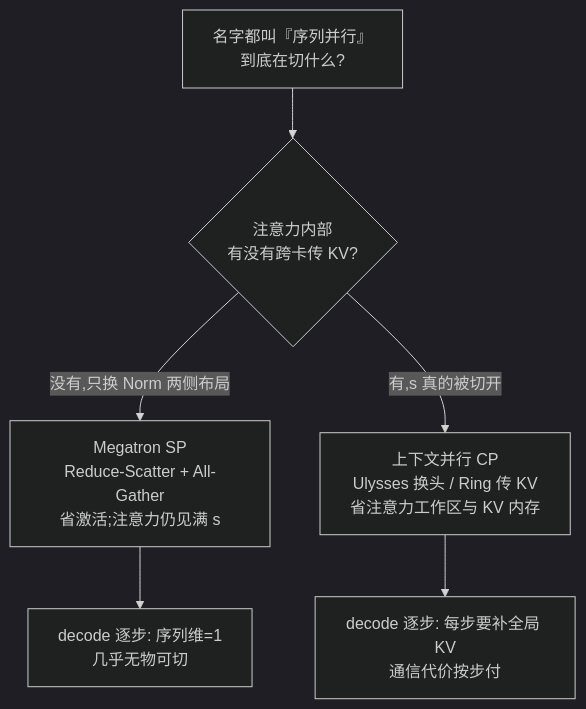
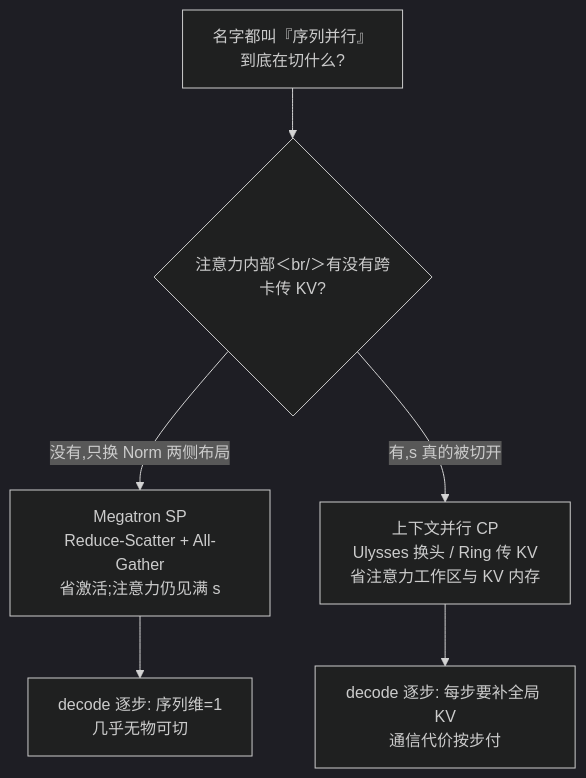
One commit to xhongduo-tech/xhongduo-tech.github.io changed the second of 2 diagrams in docs/llm/infer-sp.md. Above: the diagram before and after it, drawn with Mermaid (dark theme). The commit also changed 291 other files, not shown here.

Commit message:
Normalize lesson titles to tree names and repair mermaid arrow/quote syntax site-wide.

````diff
--- a/docs/llm/infer-sp.md
+++ b/docs/llm/infer-sp.md
@@ -66,8 +66,8 @@
 ```mermaid
 flowchart TD
-  Q["名字都叫『序列并行』<br/>到底在切什么?"] --> C{"注意力内部<br/>有没有跨卡传 KV?"}
+  Q["名字都叫『序列并行』<br/>到底在切什么?"] --> C{"注意力内部＜br/＞有没有跨卡传 KV?"}
   C -->|"没有,只换 Norm 两侧布局"| SP["Megatron SP<br/>Reduce-Scatter + All-Gather<br/>省激活;注意力仍见满 s"]
   C -->|"有,s 真的被切开"| CP["上下文并行 CP<br/>Ulysses 换头 / Ring 传 KV<br/>省注意力工作区与 KV 内存"]
   SP --> S1["decode 逐步: 序列维=1<br/>几乎无物可切"]
   CP --> S2["decode 逐步: 每步要补全局 KV<br/>通信代价按步付"]
 ```
````
